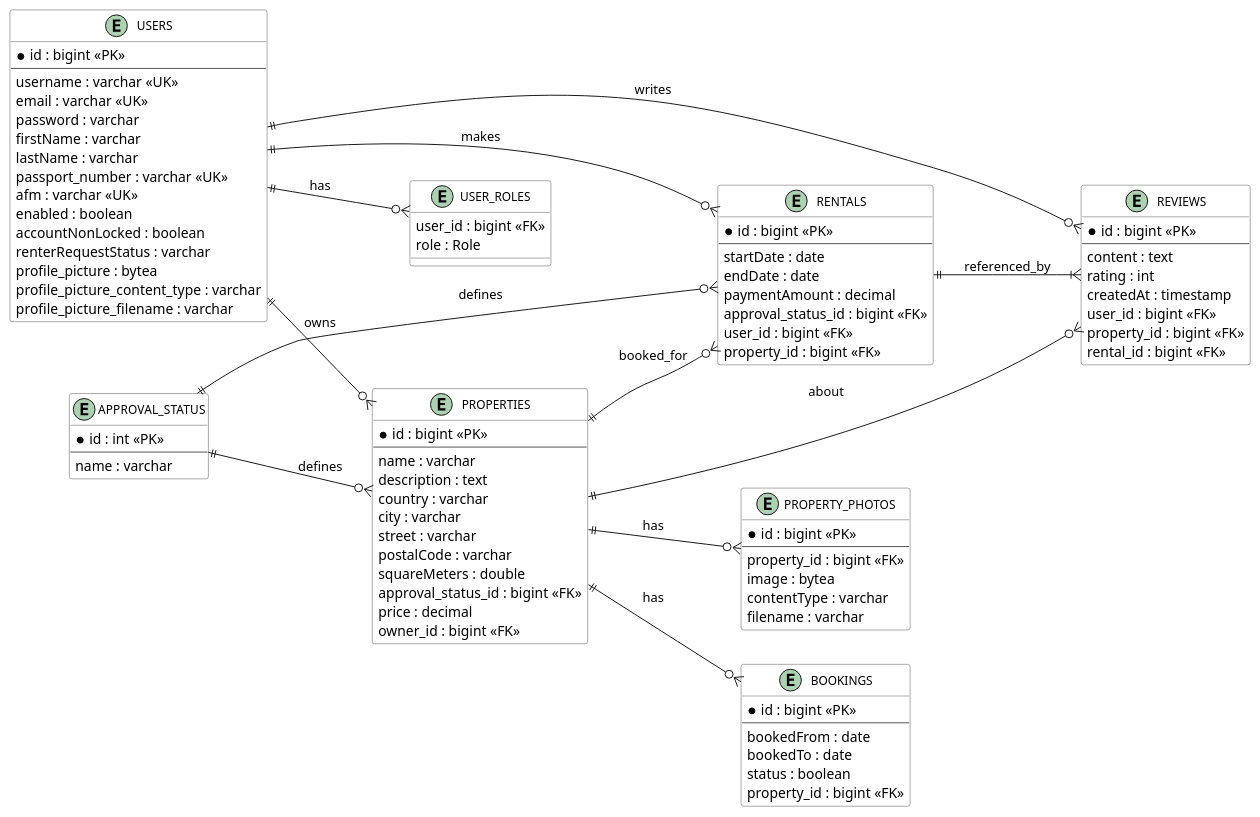
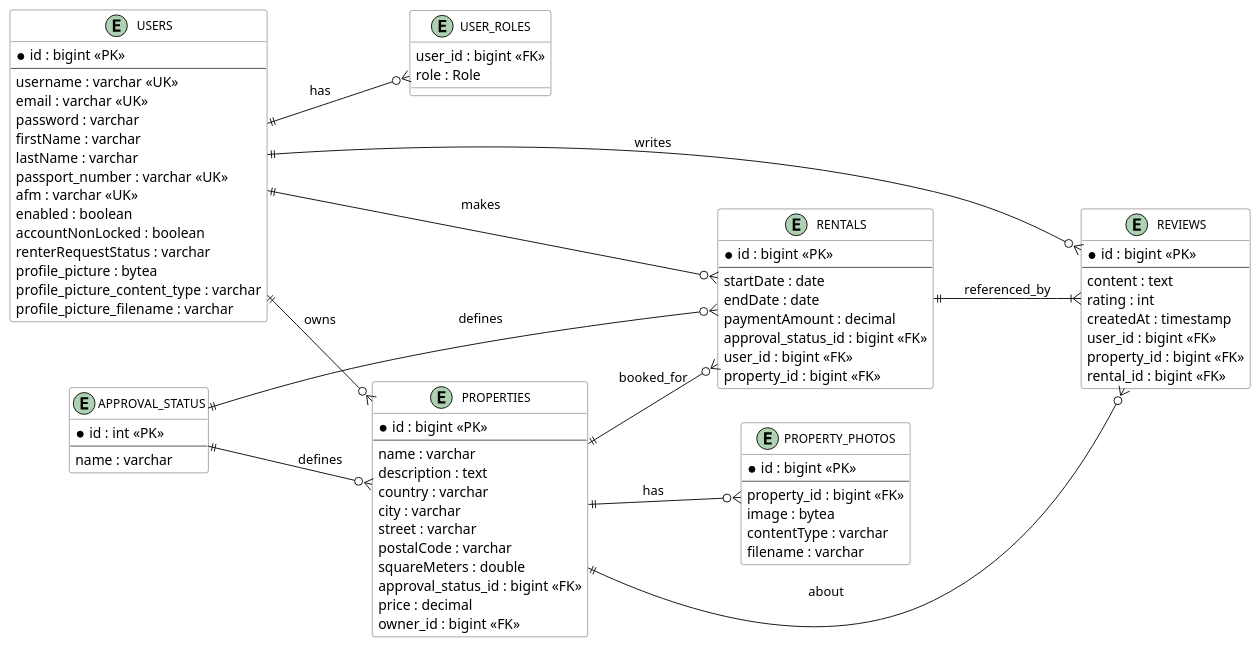
The first of 2 diagrams in system-architecture.puml (it2022031/DS-2025), drawn with PlantUML before and after one commit. The commit also changed other lines of this file and 13 other files, not shown here.

```diff
--- a/system-architecture.puml
+++ b/system-architecture.puml
@@ -1,107 +1,97 @@
 @startuml DB_ER
 ' ---------- Global settings ----------
 left to right direction
 skinparam shadowing false
 skinparam class {
   BackgroundColor White
   BorderColor #555555
   FontSize 12
 }
 ' ---------- Entities ----------
 entity "USERS" as USERS {
   * id : bigint <<PK>>
   --
   username : varchar <<UK>>
   email : varchar <<UK>>
   password : varchar
   firstName : varchar
   lastName : varchar
   passport_number : varchar <<UK>>
   afm : varchar <<UK>>
   enabled : boolean
   accountNonLocked : boolean
   renterRequestStatus : varchar
   profile_picture : bytea
   profile_picture_content_type : varchar
   profile_picture_filename : varchar
 }
 
 entity "USER_ROLES" as USER_ROLES {
   user_id : bigint <<FK>>
   role : Role
 }
 
 entity "PROPERTIES" as PROPERTIES {
   * id : bigint <<PK>>
   --
   name : varchar
   description : text
   country : varchar
   city : varchar
   street : varchar
   postalCode : varchar
   squareMeters : double
   approval_status_id : bigint <<FK>>
   price : decimal
   owner_id : bigint <<FK>>
 }
 
 entity "PROPERTY_PHOTOS" as PROPERTY_PHOTOS {
   * id : bigint <<PK>>
   --
   property_id : bigint <<FK>>
   image : bytea
   contentType : varchar
   filename : varchar
 }
 
 entity "RENTALS" as RENTALS {
   * id : bigint <<PK>>
   --
   startDate : date
   endDate : date
   paymentAmount : decimal
   approval_status_id : bigint <<FK>>
   user_id : bigint <<FK>>
   property_id : bigint <<FK>>
 }
 
 entity "REVIEWS" as REVIEWS {
   * id : bigint <<PK>>
   --
   content : text
   rating : int
   createdAt : timestamp
   user_id : bigint <<FK>>
   property_id : bigint <<FK>>
   rental_id : bigint <<FK>>
 }
 
-entity "BOOKINGS" as BOOKINGS {
-  * id : bigint <<PK>>
-  --
-  bookedFrom : date
-  bookedTo : date
-  status : boolean
-  property_id : bigint <<FK>>
-}
-
 entity "APPROVAL_STATUS" as APPROVAL_STATUS {
   * id : int <<PK>>
   --
   name : varchar
 }
 
 ' ---------- Relationships ----------
 USERS ||--o{ USER_ROLES : has
 USERS ||--o{ PROPERTIES : owns
 PROPERTIES ||--o{ PROPERTY_PHOTOS : has
 USERS ||--o{ RENTALS : makes
 PROPERTIES ||--o{ RENTALS : booked_for
 USERS ||--o{ REVIEWS : writes
 PROPERTIES ||--o{ REVIEWS : about
 RENTALS ||--|{ REVIEWS : referenced_by
-PROPERTIES ||--o{ BOOKINGS : has
 APPROVAL_STATUS ||--o{ PROPERTIES : defines
 APPROVAL_STATUS ||--o{ RENTALS : defines
 @enduml
```
